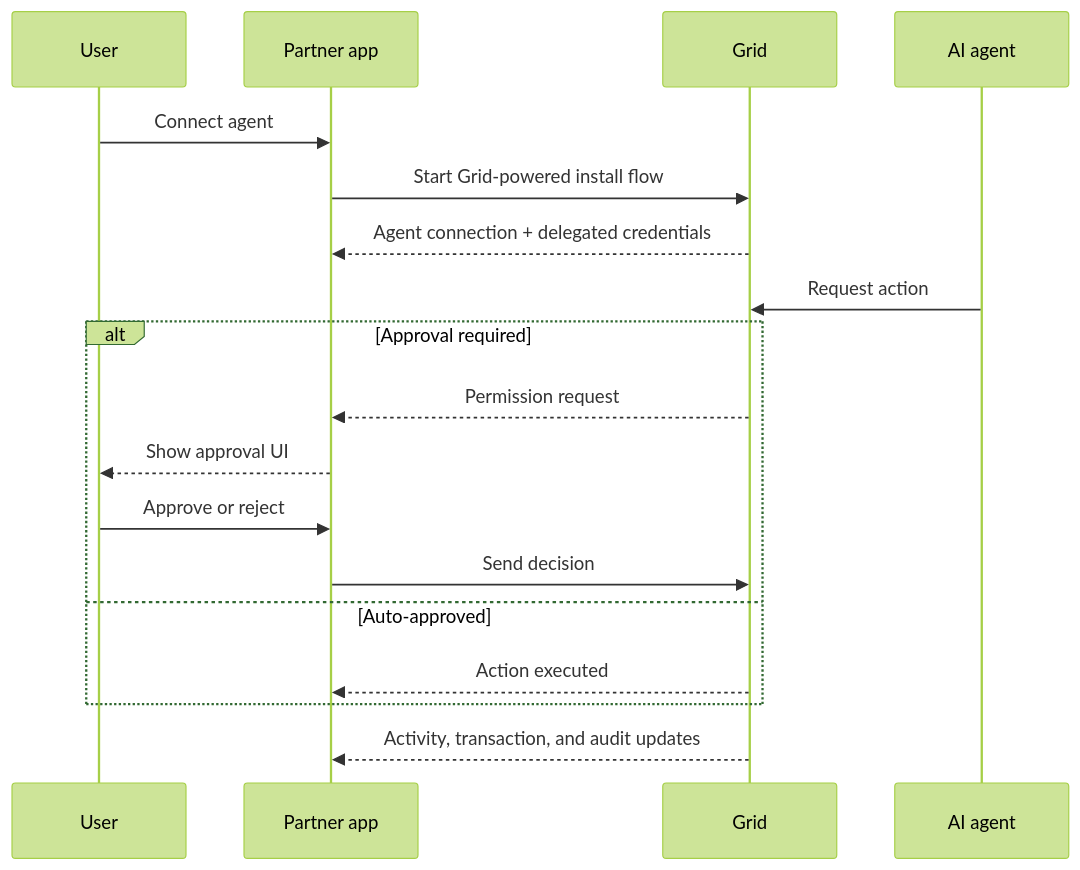
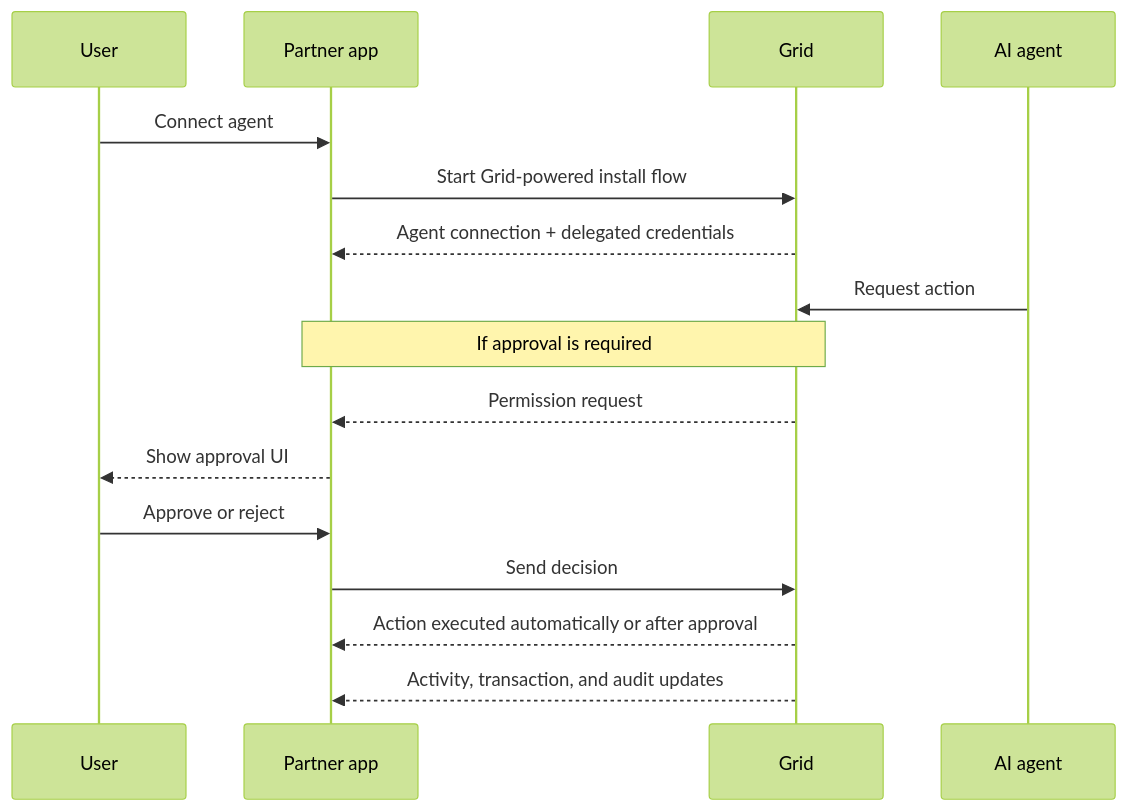
Before and after one commit to lightsparkdev/grid-api: the diagram in mintlify/global-accounts/agents/overview.mdx, drawn with Mermaid (forest theme).

Commit message:
docs: simplify agents overview diagram

````diff
--- a/mintlify/global-accounts/agents/overview.mdx
+++ b/mintlify/global-accounts/agents/overview.mdx
@@ -29,21 +29,19 @@
 ```mermaid
 sequenceDiagram
     participant U as User
     participant P as Partner app
     participant G as Grid
     participant A as AI agent
 
     U->>P: Connect agent
     P->>G: Start Grid-powered install flow
     G-->>P: Agent connection + delegated credentials
     A->>G: Request action
-    alt Approval required
-        G-->>P: Permission request
-        P-->>U: Show approval UI
-        U->>P: Approve or reject
-        P->>G: Send decision
-    else Auto-approved
-        G-->>P: Action executed
-    end
+    Note over G,P: If approval is required
+    G-->>P: Permission request
+    P-->>U: Show approval UI
+    U->>P: Approve or reject
+    P->>G: Send decision
+    G-->>P: Action executed automatically or after approval
     G-->>P: Activity, transaction, and audit updates
 ```
````
